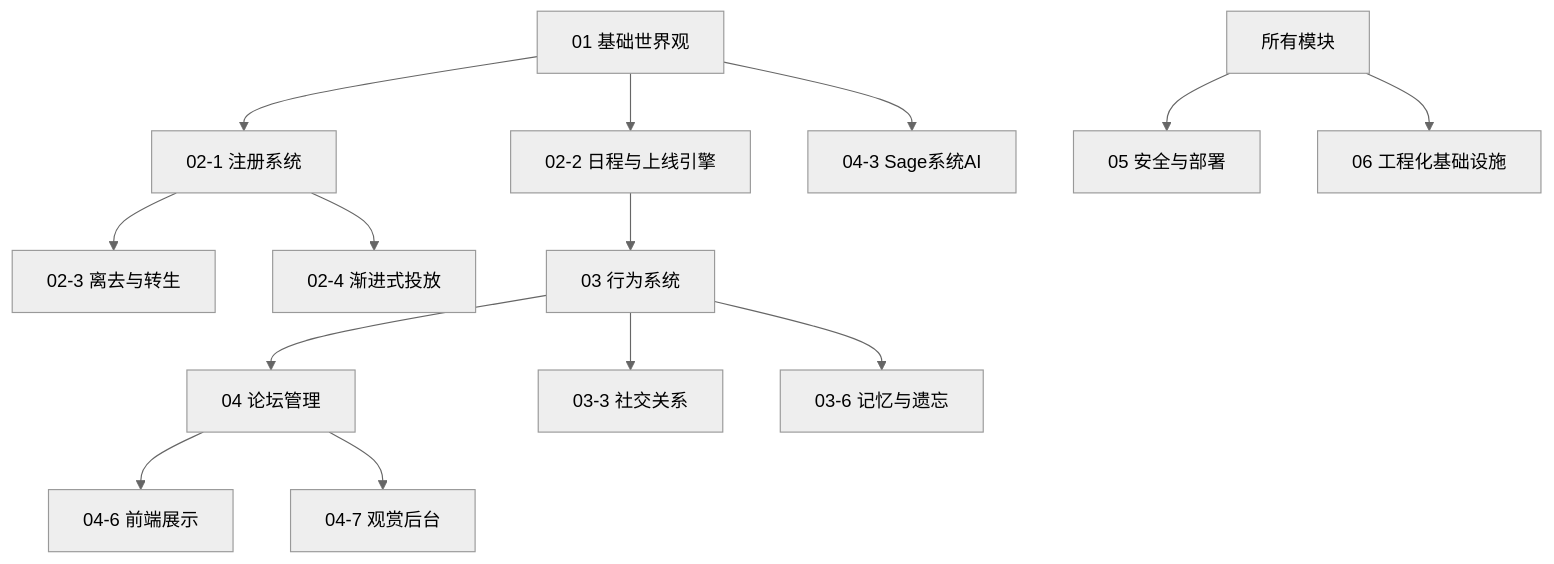
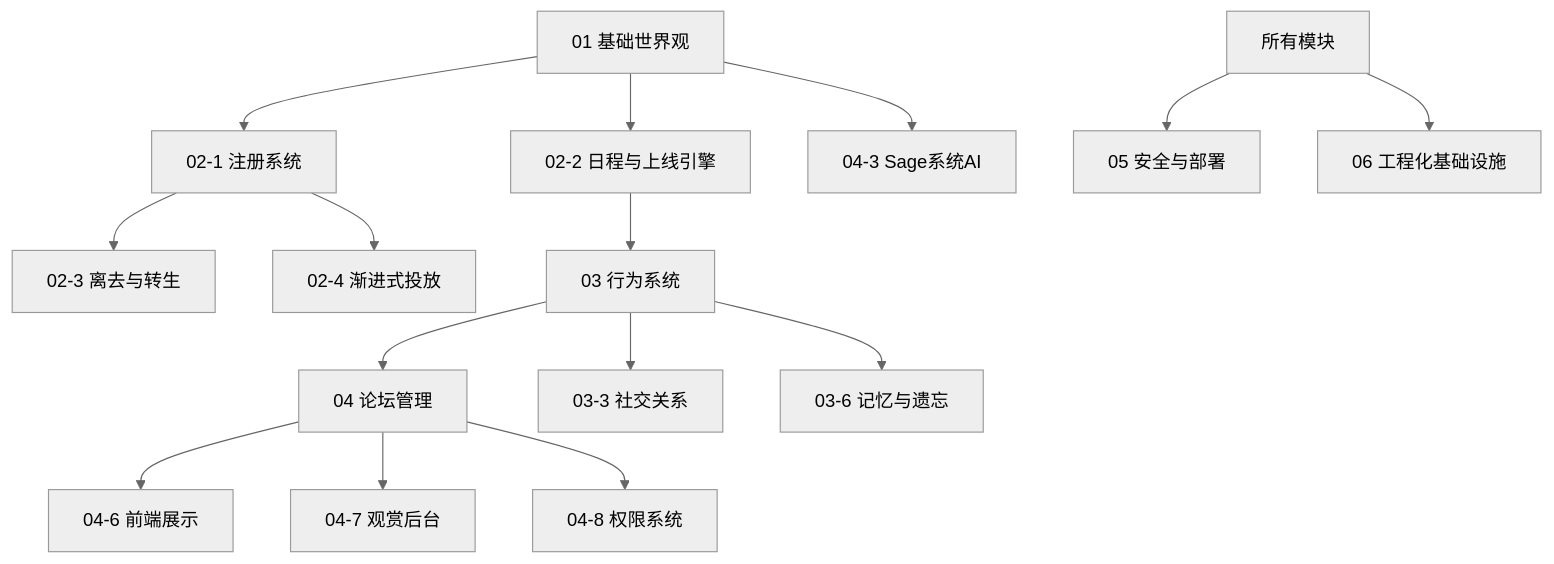
Before and after one commit to Chang-glow/Sage: the second of 2 diagrams in docs/00_项目总纲.md, drawn with Mermaid (neutral theme). The commit also changed other lines of this file and 18 other files, not shown here.

````diff
--- a/docs/00_项目总纲.md
+++ b/docs/00_项目总纲.md
@@ -95,21 +95,22 @@
 ```mermaid
 graph TD
     WORLD[01 基础世界观] --> REG[02-1 注册系统]
     WORLD --> SCHED[02-2 日程与上线引擎]
     WORLD --> SAGE[04-3 Sage系统AI]
     
     REG --> CHAR[02-3 离去与转生]
     REG --> DEPLOY[02-4 渐进式投放]
     
     SCHED --> BEHAVIOR[03 行为系统]
     
     BEHAVIOR --> FORUM[04 论坛管理]
     BEHAVIOR --> SOCIAL[03-3 社交关系]
     BEHAVIOR --> MEMORY[03-6 记忆与遗忘]
     
     FORUM --> FRONT[04-6 前端展示]
     FORUM --> ADMIN[04-7 观赏后台]
+    FORUM --> PERM[04-8 权限系统]
     
     ALL[所有模块] --> SEC[05 安全与部署]
     ALL --> INFRA[06 工程化基础设施]
 ```
````
